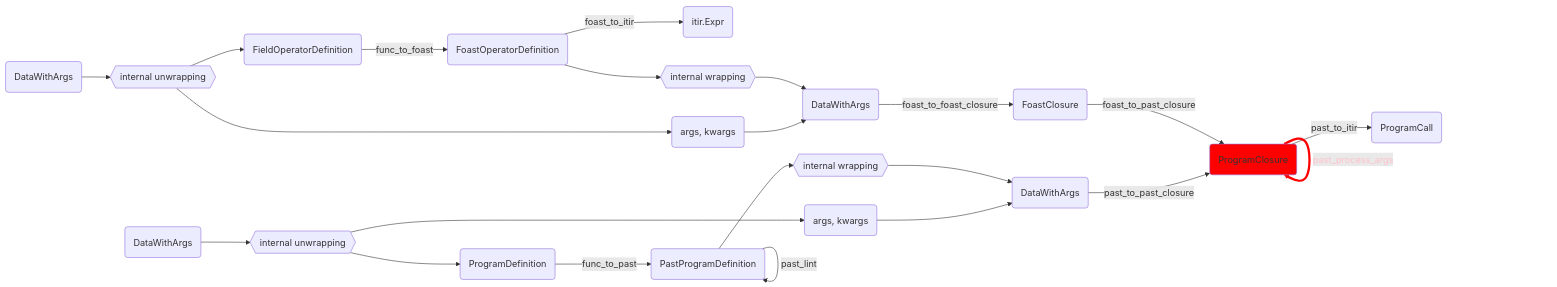
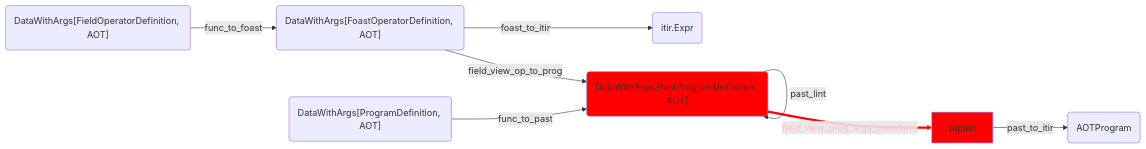
Before and after one commit to GridTools/gt4py: the sixth of 10 diagrams in docs/user/next/advanced/ToolchainWalkthrough.md, drawn with Mermaid. The commit also changed other lines of this file and 10 other files, not shown here.

````diff
--- a/docs/user/next/advanced/ToolchainWalkthrough.md
+++ b/docs/user/next/advanced/ToolchainWalkthrough.md
@@ -263,30 +184,16 @@
 ```mermaid
 graph LR
 
-fdef(FieldOperatorDefinition) -->|func_to_foast| foast(FoastOperatorDefinition)
+fdef("DataWithArgs[FieldOperatorDefinition, AOT]") -->|func_to_foast| foast("DataWithArgs[FoastOperatorDefinition, AOT]")
 foast -->|foast_to_itir| itir_expr(itir.Expr)
-foasta -->|foast_to_foast_closure| fclos(FoastClosure)
-fclos -->|foast_to_past_closure| pclos(PastClosure)
-pclos -->|past_process_args| pclos
-pclos -->|past_to_itir| pcall(ProgramCall)
+foast -->|field_view_op_to_prog| past("DataWithArgs[PastProgramDefinition, AOT]")
+past -->|past_lint| past
+past -->|field_view_prog_args_transform| tapast
+tapast -->|past_to_itir| pcall(AOTProgram)
 
-pdef(ProgramDefinition) -->|func_to_past| past(PastProgramDefinition)
-past -->|past_lint| past
-pasta -->|past_to_past_closure| pclos(ProgramClosure)
+pdef("DataWithArgs[ProgramDefinition, AOT]") -->|func_to_past| past("DataWithArgs[PastProgramDefinition, AOT]")
 
-fdefa(DataWithArgs) --> fuwr{{"internal unwrapping"}} --> fdef
-fuwr --> fargs(args, kwargs)
-
-foast --> fiwr{{"internal wrapping"}} --> foasta(DataWithArgs)
-fargs --> foasta
-
-pdefa(DataWithArgs) --> puwr{{"internal unwrapping"}} --> pdef
-puwr --> pargs(args, kwargs)
-
-past --> piwr{{"internal wrapping"}} --> pasta(DataWithArgs)
-pargs --> pasta
-
-style pclos fill:red
-%%style pclos fill:red
+style past fill:red
+style tapast fill:red
 linkStyle 4 stroke:red,stroke-width:4px,color:pink
 ```
````
